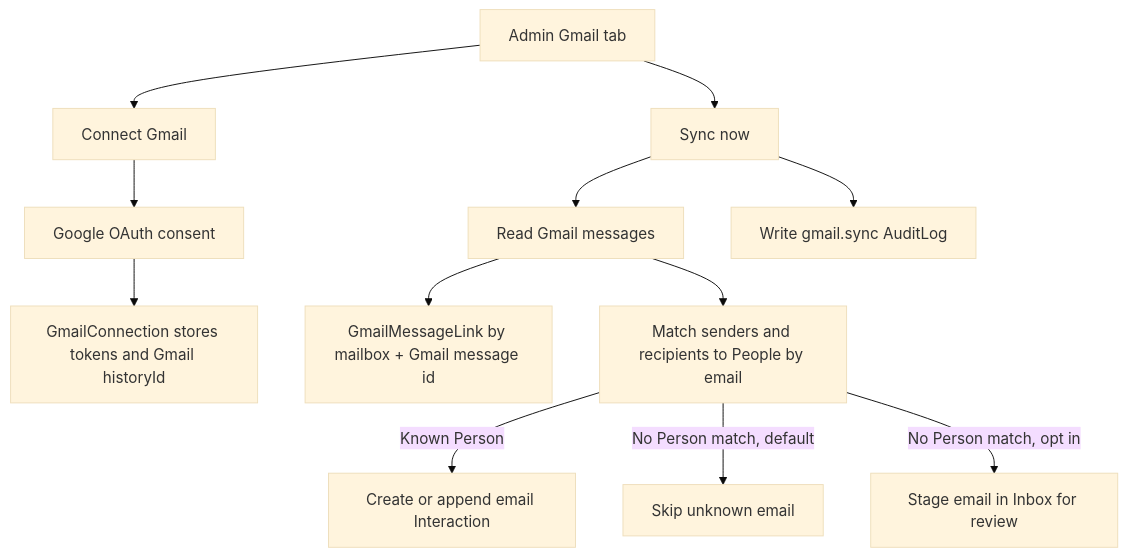
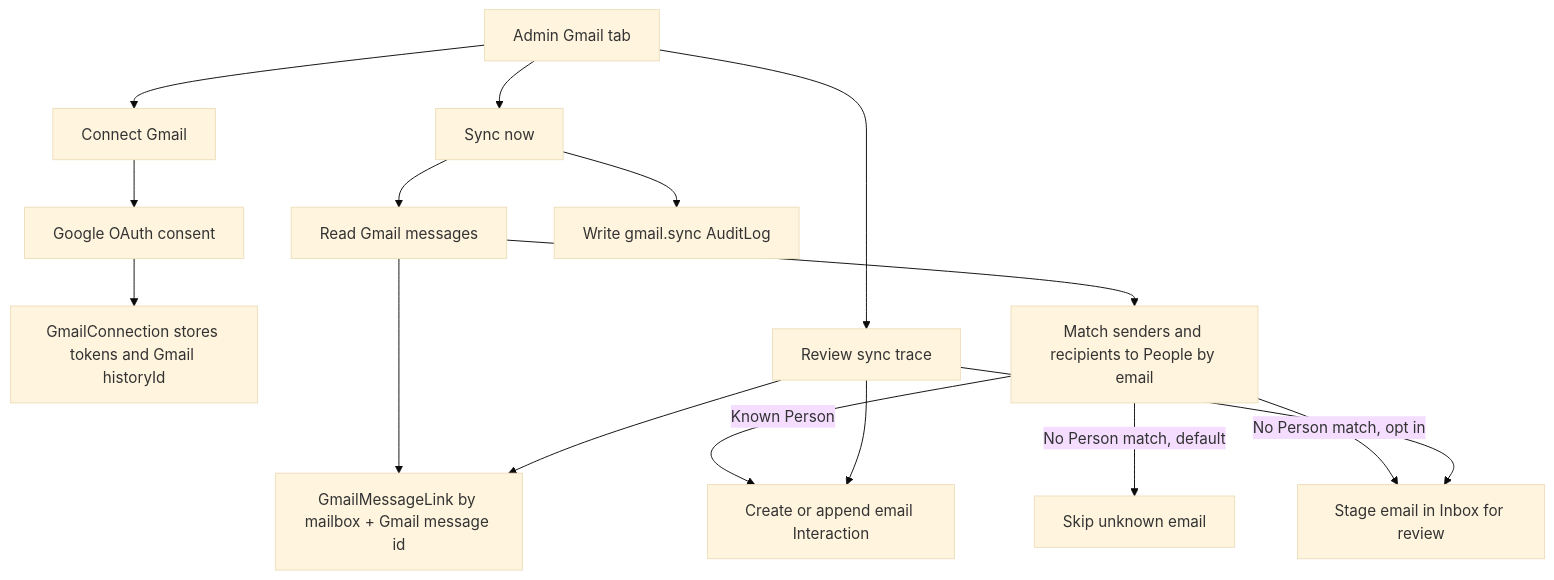
One commit to josephdfryer/life-os changed the seventh of 18 diagrams in docs/PERSONS_ARCHITECTURE.md. Above: the diagram before and after it, drawn with Mermaid (base theme). The commit also changed other lines of this file and 3 other files, not shown here.

Commit message:
feat: add gmail sync trace

````diff
--- a/docs/PERSONS_ARCHITECTURE.md
+++ b/docs/PERSONS_ARCHITECTURE.md
@@ -215,14 +215,18 @@
 ```mermaid
 flowchart TD
   Admin["Admin Gmail tab"] --> Connect["Connect Gmail"]
   Connect --> OAuth["Google OAuth consent"]
   OAuth --> Connection["GmailConnection stores tokens and Gmail historyId"]
   Admin --> Sync["Sync now"]
   Sync --> GmailMessages["Read Gmail messages"]
   GmailMessages --> Link["GmailMessageLink by mailbox + Gmail message id"]
   GmailMessages --> Match["Match senders and recipients to People by email"]
   Match -->|Known Person| Interaction["Create or append email Interaction"]
   Match -->|No Person match, default| Skip["Skip unknown email"]
   Match -->|No Person match, opt in| Inbox["Stage email in Inbox for review"]
   Sync --> Audit["Write gmail.sync AuditLog"]
+  Admin --> Trace["Review sync trace"]
+  Trace --> Link
+  Trace --> Interaction
+  Trace --> Inbox
 ```
````
